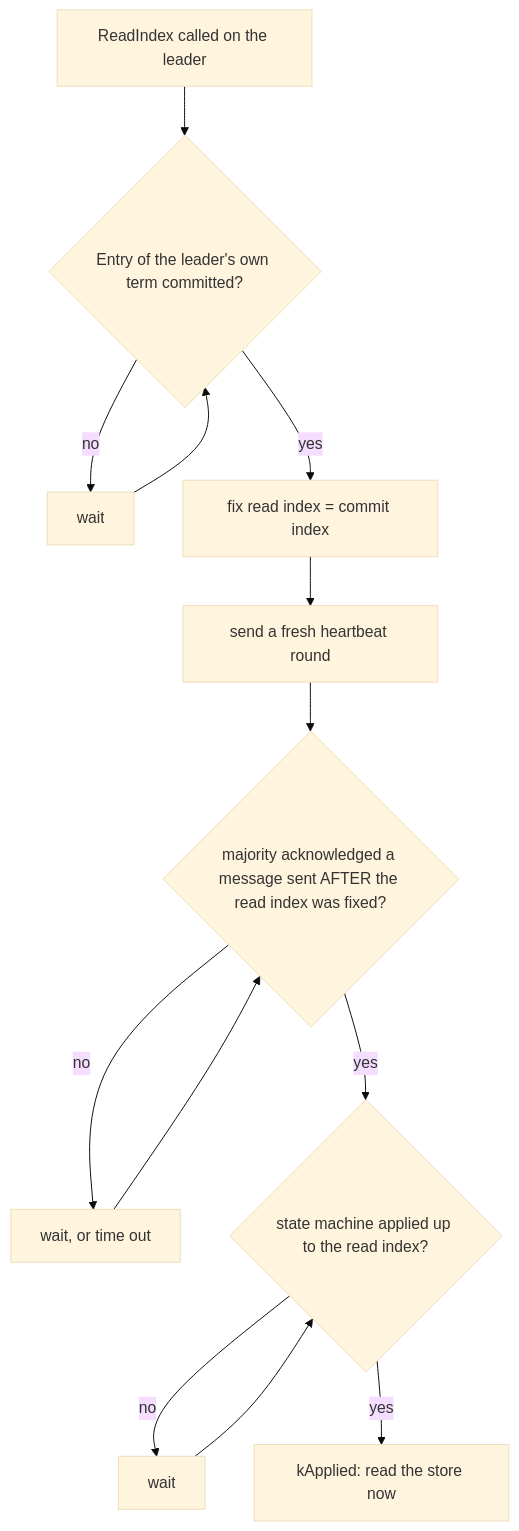
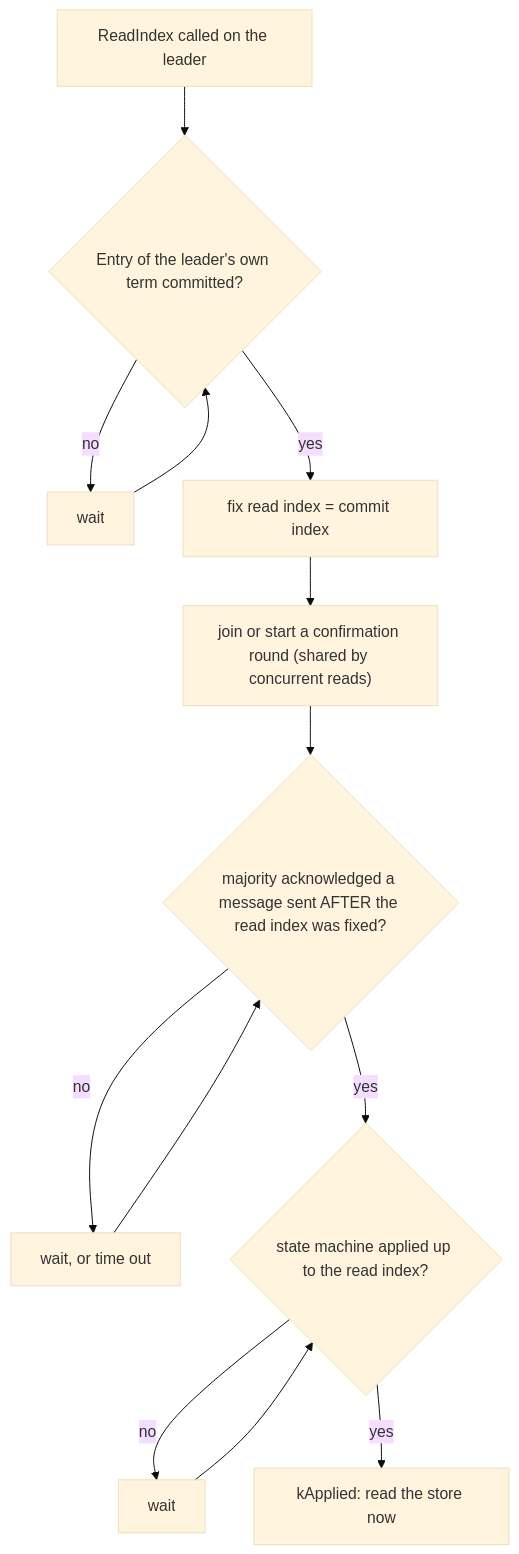
One commit to aaryasaraf0907-lgtm/raft-lsm-store changed the fifth of 6 diagrams in docs/raft-design.md. Above: the diagram before and after it, drawn with Mermaid (base theme). The commit also changed other lines of this file and 2 other files, not shown here.

````diff
--- a/docs/raft-design.md
+++ b/docs/raft-design.md
@@ -177,15 +197,15 @@
 ```mermaid
 flowchart TD
   A["ReadIndex called on the leader"] --> B{"Entry of the leader's own term committed?"}
   B -->|"no"| W["wait"]
   W --> B
   B -->|"yes"| C["fix read index = commit index"]
-  C --> D["send a fresh heartbeat round"]
+  C --> D["join or start a confirmation round (shared by concurrent reads)"]
   D --> E{"majority acknowledged a message sent AFTER the read index was fixed?"}
   E -->|"no"| W2["wait, or time out"]
   W2 --> E
   E -->|"yes"| F{"state machine applied up to the read index?"}
   F -->|"no"| W3["wait"]
   W3 --> F
   F -->|"yes"| G["kApplied: read the store now"]
 ```
````
